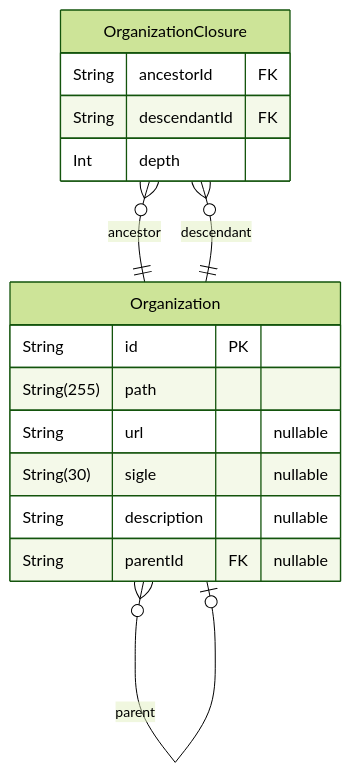
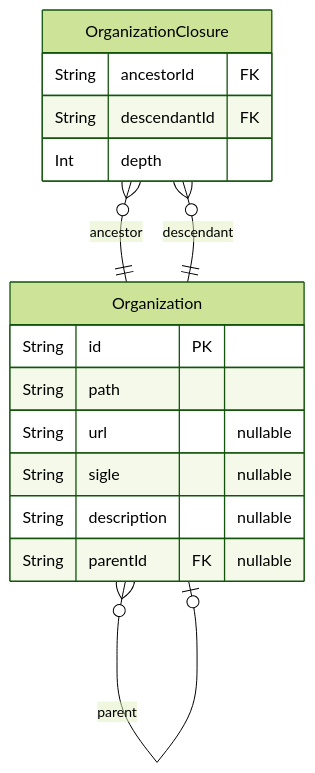
The seventh of 10 diagrams in backend/prisma/docs/schema.md (dnum-mi/referentiel-applications), drawn with Mermaid (forest theme) before and after one commit. The commit also changed 11 other files, not shown here.

````diff
--- a/backend/prisma/docs/schema.md
+++ b/backend/prisma/docs/schema.md
@@ -438,19 +438,19 @@
 ```mermaid
 erDiagram
 "Organization" {
   String id PK
-  String(255) path
+  String path
   String url "nullable"
-  String(30) sigle "nullable"
+  String sigle "nullable"
   String description "nullable"
   String parentId FK "nullable"
 }
 "OrganizationClosure" {
   String ancestorId FK
   String descendantId FK
   Int depth
 }
 "Organization" }o--o| "Organization" : parent
 "OrganizationClosure" }o--|| "Organization" : ancestor
 "OrganizationClosure" }o--|| "Organization" : descendant
 ```
````
